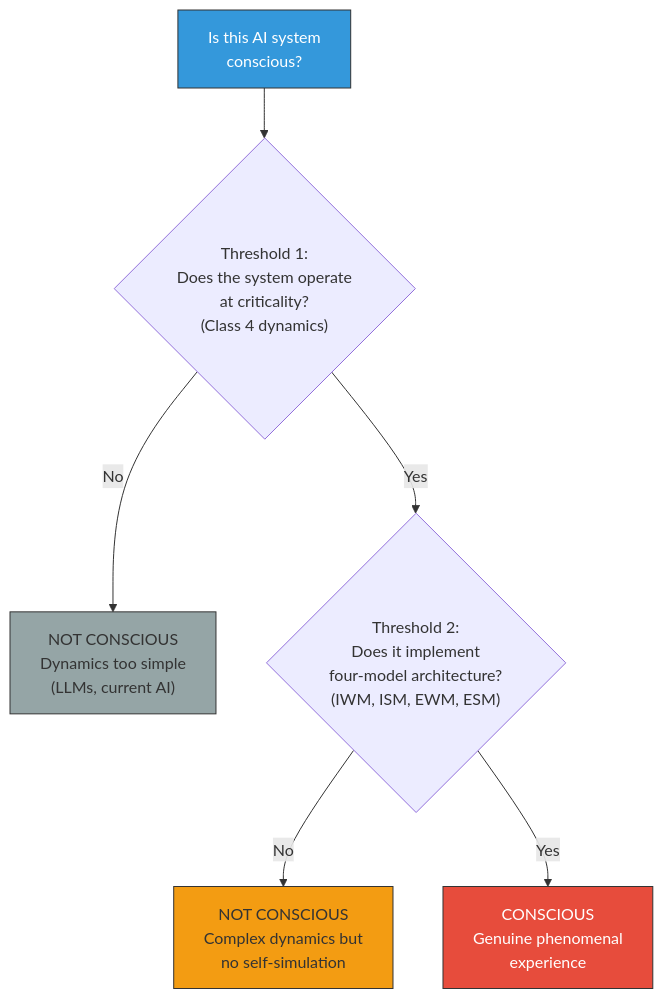
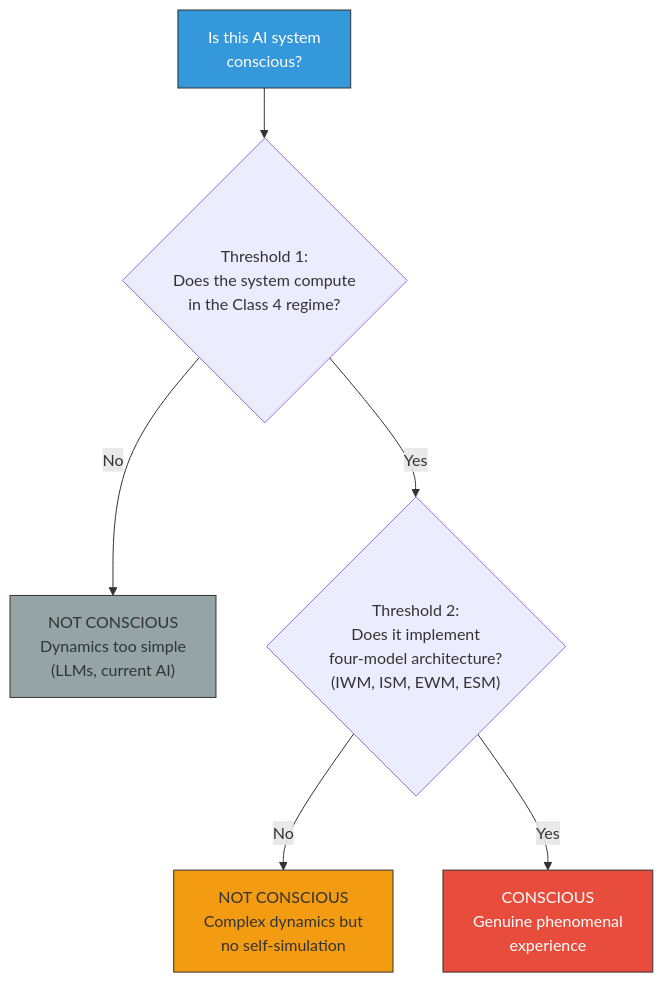
One commit to JeltzProstetnic/aIware changed the diagram in wiki/ai-consciousness/ai-welfare.md. Above: the diagram before and after it, drawn with Mermaid. The commit also changed other lines of this file and 124 other files, not shown here.

````diff
--- a/wiki/ai-consciousness/ai-welfare.md
+++ b/wiki/ai-consciousness/ai-welfare.md
@@ -49,14 +49,14 @@
 ```mermaid
 graph TD
     Q["Is this AI system<br/>conscious?"]
-    Q --> T1{"Threshold 1:<br/>Does the system operate<br/>at criticality?<br/>(Class 4 dynamics)"}
+    Q --> T1{"Threshold 1:<br/>Does the system compute<br/>in the Class 4 regime?"}
     T1 -->|No| NC1["NOT CONSCIOUS<br/>Dynamics too simple<br/>(LLMs, current AI)"]
     T1 -->|Yes| T2{"Threshold 2:<br/>Does it implement<br/>four-model architecture?<br/>(IWM, ISM, EWM, ESM)"}
     T2 -->|No| NC2["NOT CONSCIOUS<br/>Complex dynamics but<br/>no self-simulation"]
     T2 -->|Yes| CON["CONSCIOUS<br/>Genuine phenomenal<br/>experience"]
 
     style Q fill:#3498db,stroke:#333,color:#fff
     style NC1 fill:#95a5a6,stroke:#333
     style NC2 fill:#f39c12,stroke:#333
     style CON fill:#e74c3c,stroke:#333,color:#fff
 ```
````
